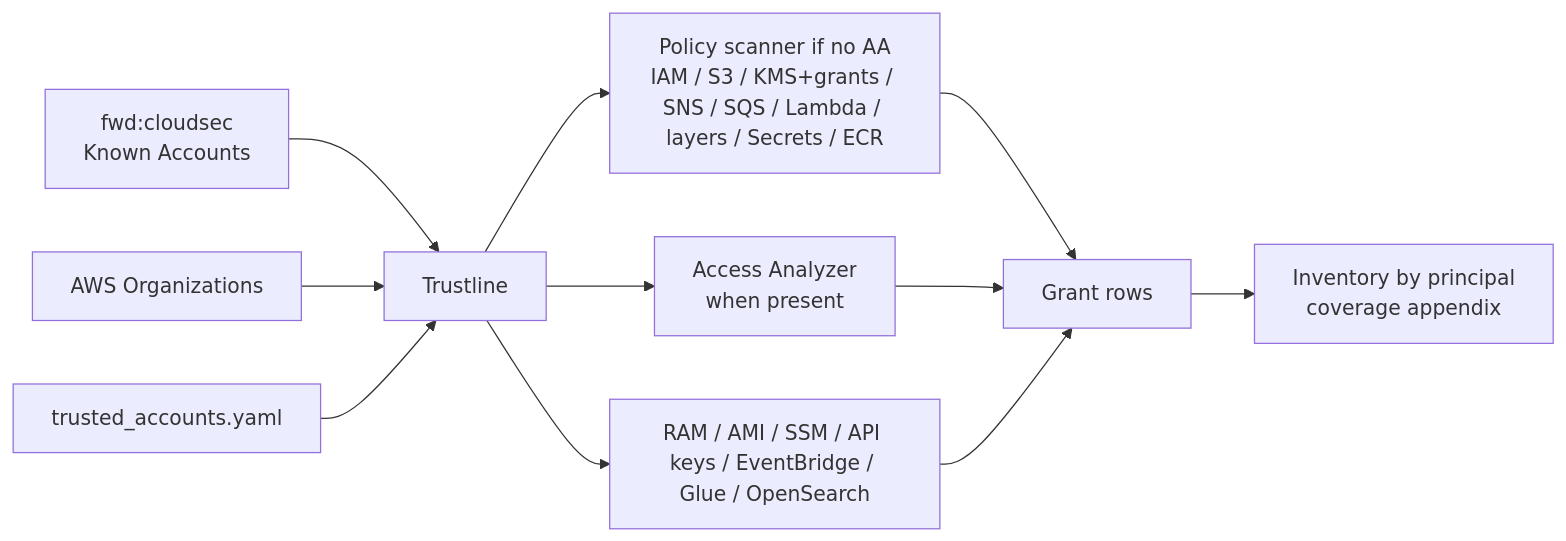
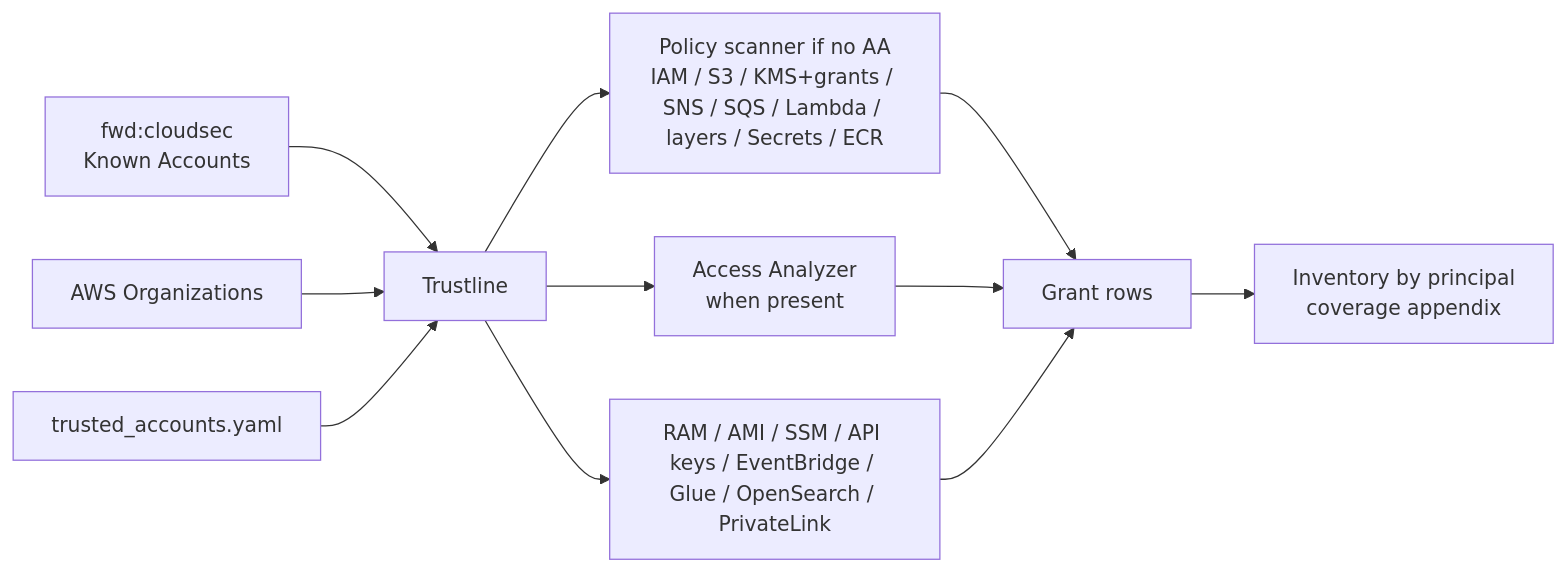
The diagram in README.md (zoph-io/aws-trustline), drawn with Mermaid before and after one commit. The commit also changed other lines of this file and 6 other files, not shown here.

````diff
--- a/README.md
+++ b/README.md
@@ -93,13 +93,13 @@
 ```mermaid
 flowchart LR
     A["fwd:cloudsec<br/>Known Accounts"] --> D[Trustline]
     B[AWS Organizations] --> D
     C[trusted_accounts.yaml] --> D
     D --> P["Policy scanner if no AA<br/>IAM / S3 / KMS+grants / SNS / SQS / Lambda / layers / Secrets / ECR"]
     D --> AA["Access Analyzer<br/>when present"]
-    D --> X["RAM / AMI / SSM / API keys / EventBridge / Glue / OpenSearch"]
+    D --> X["RAM / AMI / SSM / API keys / EventBridge / Glue / OpenSearch / PrivateLink"]
     P --> G["Grant rows"]
     AA --> G
     X --> G
     G --> R["Inventory by principal<br/>coverage appendix"]
 ```
````
